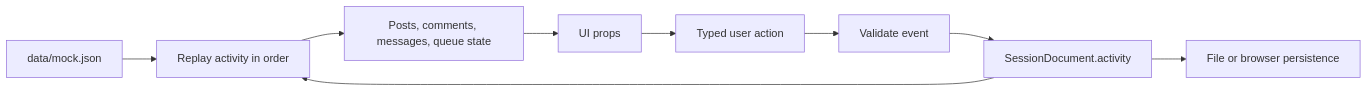
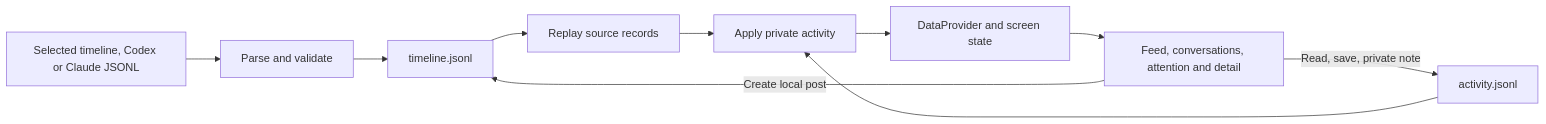
The first of 2 diagrams in docs/engine.md (quirq-ai/instants), drawn with Mermaid before and after one commit. The commit also changed other lines of this file and 47 other files, not shown here.

Commit message:
Implement two-log agent timeline and private activity engine

````diff
--- a/docs/engine.md
+++ b/docs/engine.md
@@ -9,11 +9,12 @@
 ```mermaid
 flowchart LR
-    seed["data/mock.json"] --> replay["Replay activity in order"]
-    journal["SessionDocument.activity"] --> replay
-    replay --> state["Posts, comments, messages, queue state"]
-    state --> ui["UI props"]
-    ui --> action["Typed user action"]
-    action --> validate["Validate event"]
-    validate --> journal
-    journal --> persist["File or browser persistence"]
+    imports["Selected timeline, Codex or Claude JSONL"] --> validate["Parse and validate"]
+    validate --> timeline["timeline.jsonl"]
+    timeline --> replay["Replay source records"]
+    activity["activity.jsonl"] --> overlay["Apply private activity"]
+    replay --> overlay
+    overlay --> provider["DataProvider and screen state"]
+    provider --> ui["Feed, conversations, attention and detail"]
+    ui -->|"Read, save, private note"| activity
+    ui -->|"Create local post"| timeline
 ```
````
